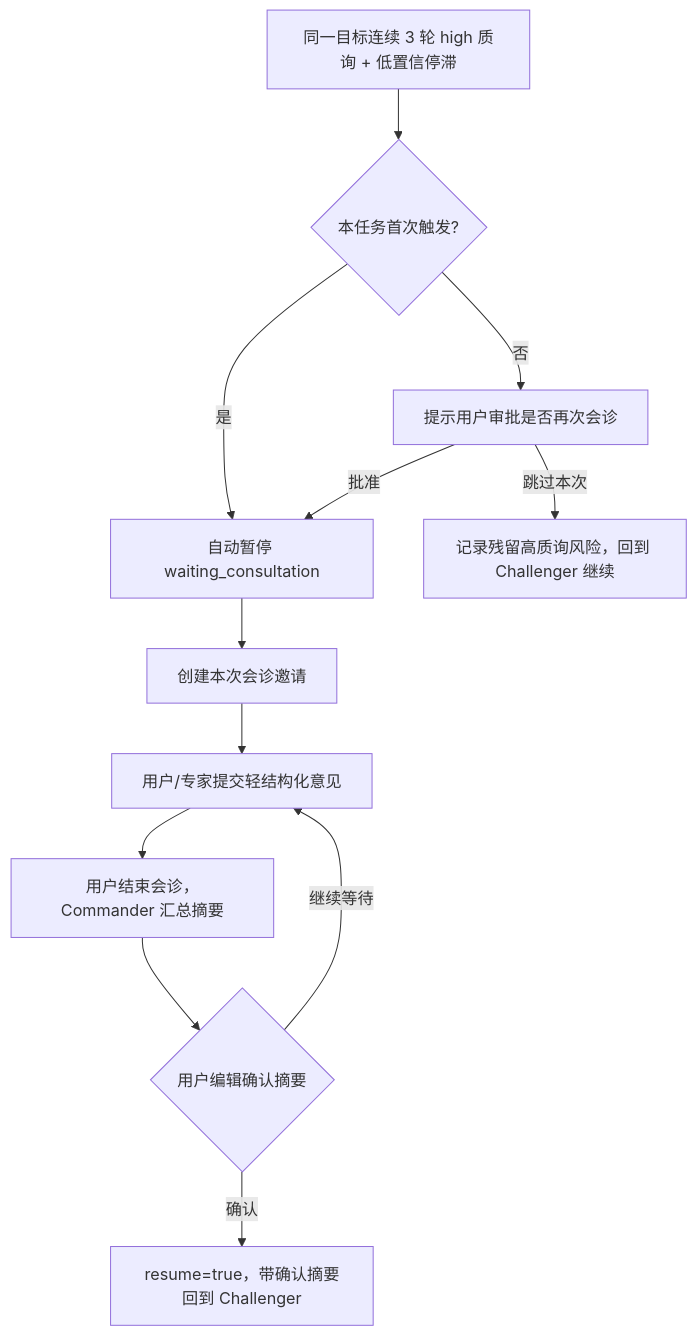
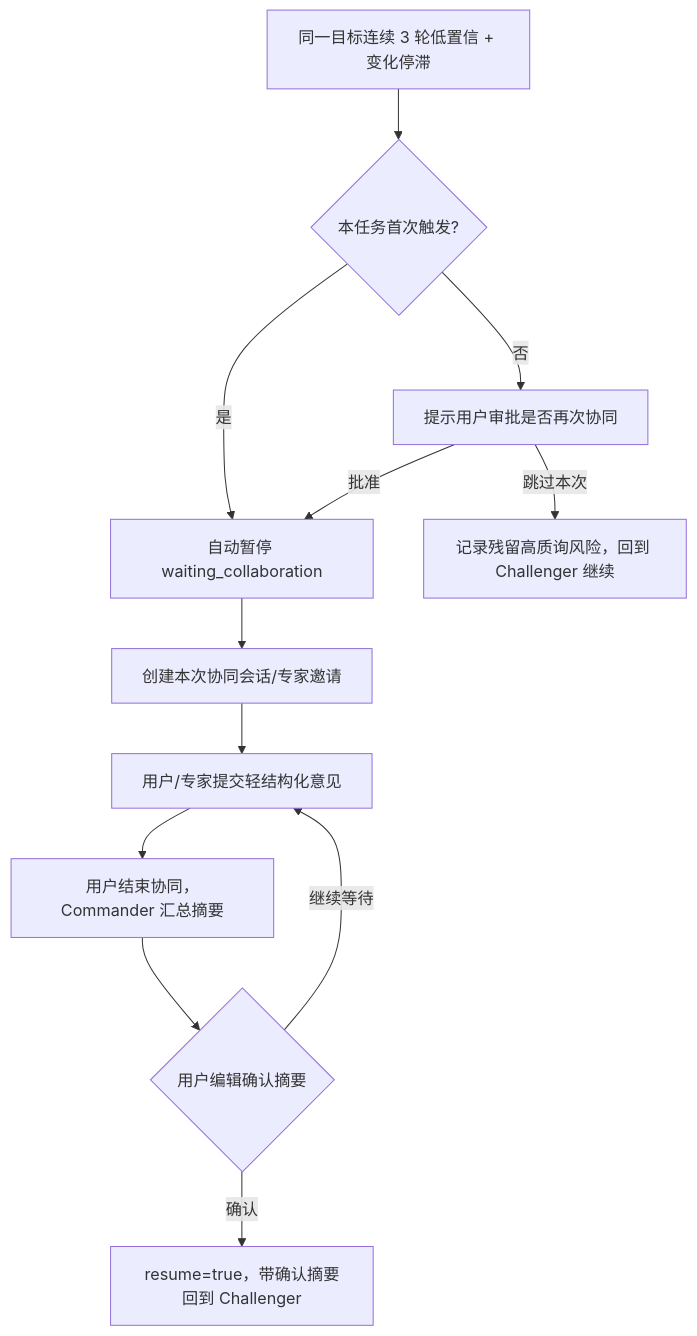
One commit to re-gion/TruthSeeker changed the second of 2 diagrams in docs/APP_FLOW.md. Above: the diagram before and after it, drawn with Mermaid. The commit also changed other lines of this file and 89 other files, not shown here.

````diff
--- a/docs/APP_FLOW.md
+++ b/docs/APP_FLOW.md
@@ -71,14 +72,14 @@
 ```mermaid
 flowchart TD
-  H["同一目标连续 3 轮 high 质询 + 低置信停滞"] --> A{"本任务首次触发?"}
-  A -->|是| W["自动暂停 waiting_consultation"]
-  A -->|否| P["提示用户审批是否再次会诊"]
+  H["同一目标连续 3 轮低置信 + 变化停滞"] --> A{"本任务首次触发?"}
+  A -->|是| W["自动暂停 waiting_collaboration"]
+  A -->|否| P["提示用户审批是否再次协同"]
   P -->|批准| W
   P -->|跳过本次| R["记录残留高质询风险，回到 Challenger 继续"]
-  W --> I["创建本次会诊邀请"]
+  W --> I["创建本次协同会话/专家邀请"]
   I --> E["用户/专家提交轻结构化意见"]
-  E --> S["用户结束会诊，Commander 汇总摘要"]
+  E --> S["用户结束协同，Commander 汇总摘要"]
   S --> C{"用户编辑确认摘要"}
   C -->|确认| M["resume=true，带确认摘要回到 Challenger"]
   C -->|继续等待| E
 ```
````
